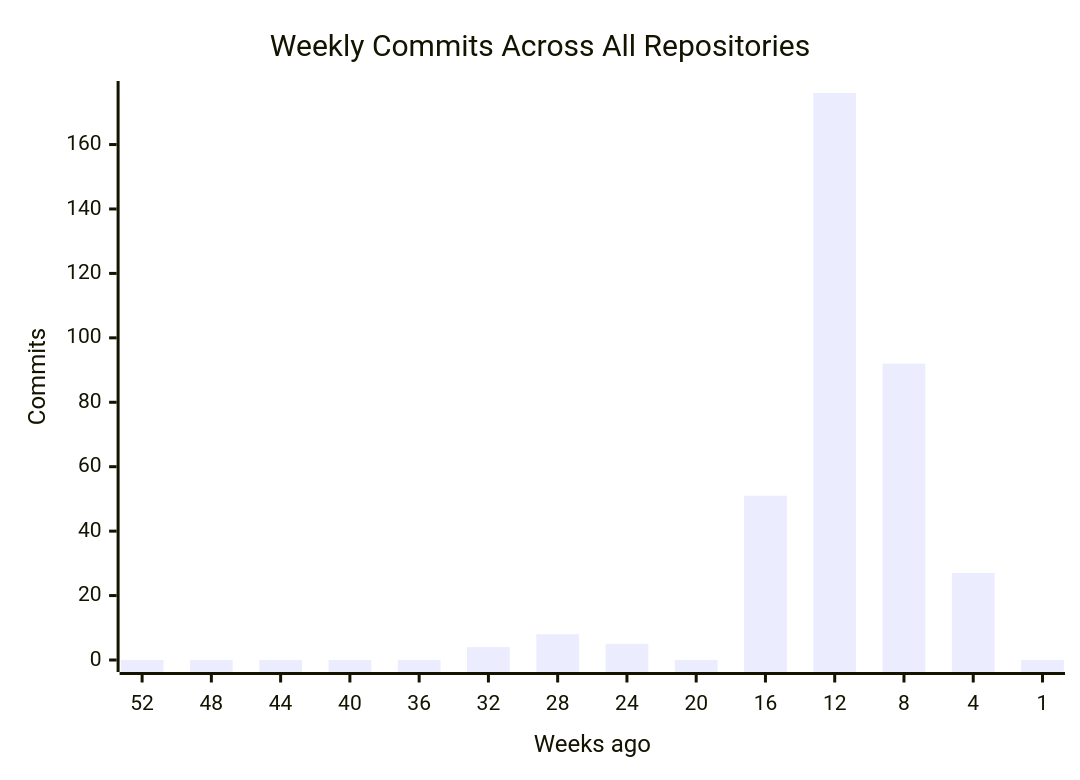
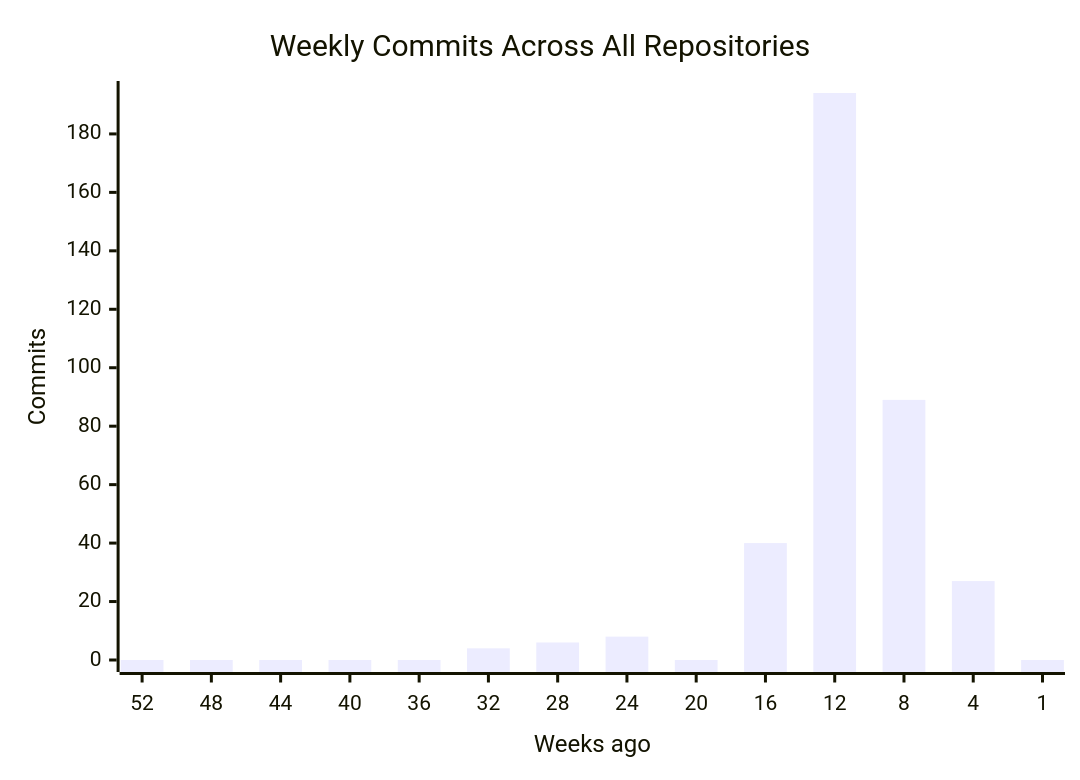
Before and after one commit to CSTH-Projects/.github: the first of 4 diagrams in profile/README.md, drawn with Mermaid. The commit also changed other lines of this file, not shown here.

````diff
--- a/profile/README.md
+++ b/profile/README.md
@@ -16,7 +16,7 @@
 ```mermaid
 xychart-beta
     title "Weekly Commits Across All Repositories"
     x-axis "Weeks ago" [52, 48, 44, 40, 36, 32, 28, 24, 20, 16, 12, 8, 4, 1]
     y-axis "Commits"
-    bar [0, 0, 0, 0, 0, 4, 8, 5, 0, 51, 176, 92, 27, 0]
+    bar [0, 0, 0, 0, 0, 4, 6, 8, 0, 40, 194, 89, 27, 0]
 ```
````
